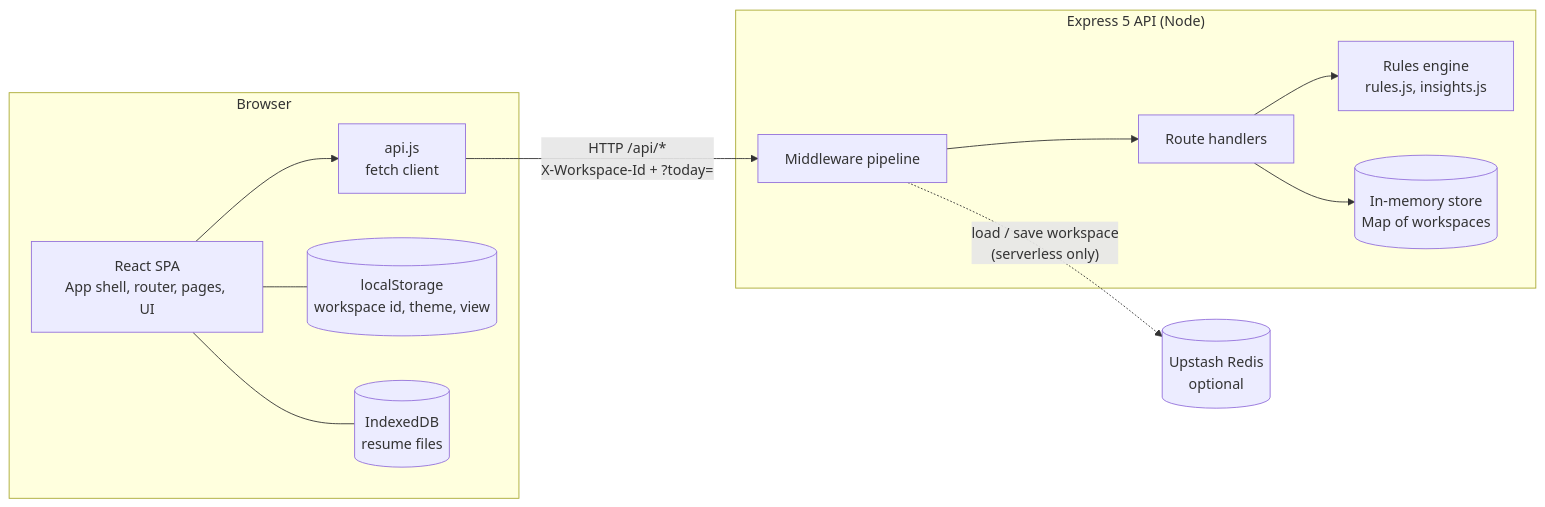
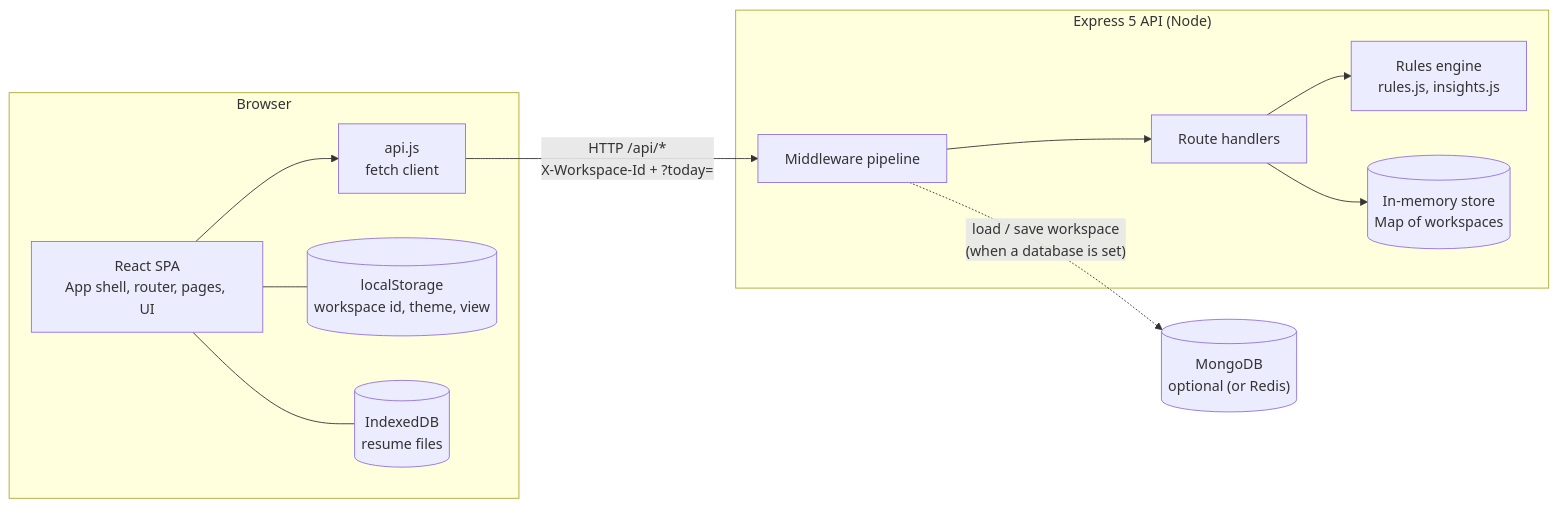
One commit to someone1709/404owasp changed the first of 6 diagrams in docs/ARCHITECTURE.md. Above: the diagram before and after it, drawn with Mermaid. The commit also changed other lines of this file and 8 other files, not shown here.

First line of the commit message:
Add MongoDB as the database option

````diff
--- a/docs/ARCHITECTURE.md
+++ b/docs/ARCHITECTURE.md
@@ -9,25 +9,25 @@
 ```mermaid
 flowchart LR
   subgraph Browser
     SPA["React SPA<br/>App shell, router, pages, UI"]
     API["api.js<br/>fetch client"]
     LS[("localStorage<br/>workspace id, theme, view")]
     IDB[("IndexedDB<br/>resume files")]
   end
   subgraph Server["Express 5 API (Node)"]
     PIPE["Middleware pipeline"]
     ROUTES["Route handlers"]
     RULES["Rules engine<br/>rules.js, insights.js"]
     STORE[("In-memory store<br/>Map of workspaces")]
   end
-  REDIS[("Upstash Redis<br/>optional")]
+  DB[("MongoDB<br/>optional (or Redis)")]
 
   SPA --> API
   SPA --- LS
   SPA --- IDB
   API -- "HTTP /api/*<br/>X-Workspace-Id + ?today=" --> PIPE
   PIPE --> ROUTES
   ROUTES --> RULES
   ROUTES --> STORE
-  PIPE -. "load / save workspace<br/>(serverless only)" .-> REDIS
+  PIPE -. "load / save workspace<br/>(when a database is set)" .-> DB
 ```
````
